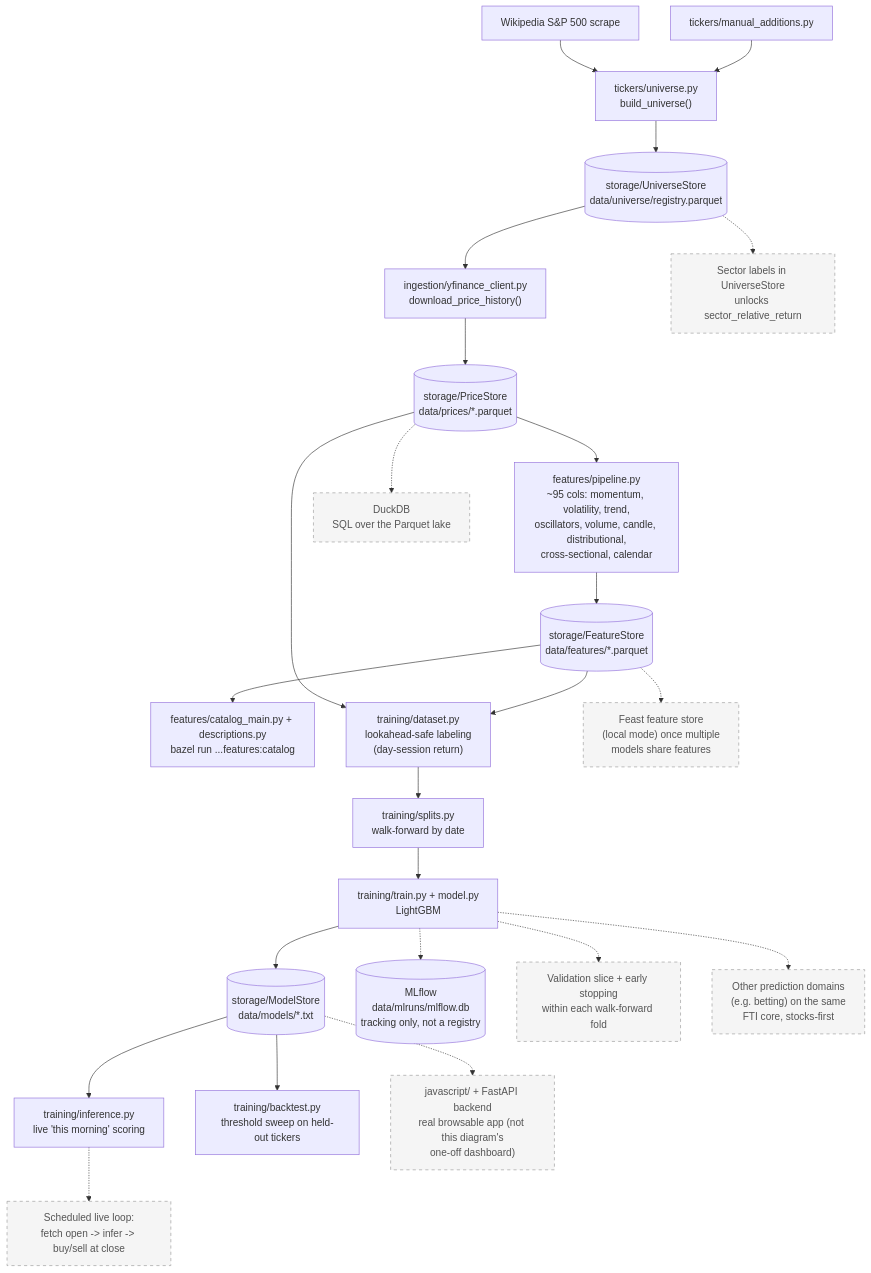
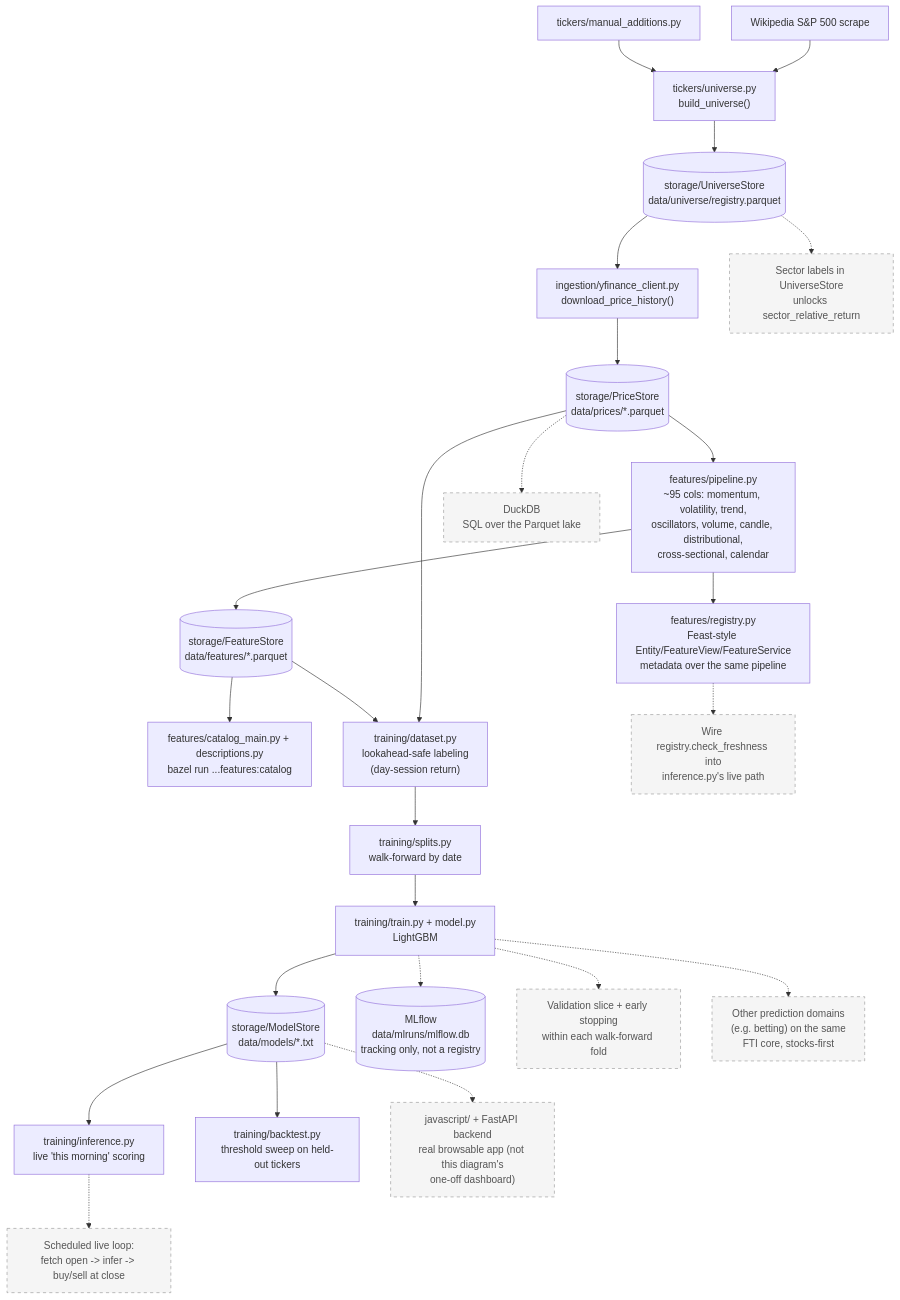
One commit to fartzy/stock-picker changed the diagram in README.md. Above: the diagram before and after it, drawn with Mermaid. The commit also changed other lines of this file and 4 other files, not shown here.

````diff
--- a/README.md
+++ b/README.md
@@ -11,57 +11,59 @@
 ```mermaid
 flowchart TB
     WIKI["Wikipedia S&amp;P 500 scrape"]
     MANUAL["tickers/manual_additions.py"]
     BUILDUNIV["tickers/universe.py<br/>build_universe()"]
     YF["ingestion/yfinance_client.py<br/>download_price_history()"]
 
     US[("storage/UniverseStore<br/>data/universe/registry.parquet")]
     PS[("storage/PriceStore<br/>data/prices/*.parquet")]
     FS[("storage/FeatureStore<br/>data/features/*.parquet")]
     MS[("storage/ModelStore<br/>data/models/*.txt")]
 
     FEATPIPE["features/pipeline.py<br/>~95 cols: momentum, volatility, trend,<br/>oscillators, volume, candle, distributional,<br/>cross-sectional, calendar"]
     CATALOG["features/catalog_main.py + descriptions.py<br/>bazel run ...features:catalog"]
+    REGISTRY["features/registry.py<br/>Feast-style Entity/FeatureView/FeatureService<br/>metadata over the same pipeline"]
 
     DATASET["training/dataset.py<br/>lookahead-safe labeling<br/>(day-session return)"]
     SPLITS["training/splits.py<br/>walk-forward by date"]
     TRAIN["training/train.py + model.py<br/>LightGBM"]
     INFER["training/inference.py<br/>live 'this morning' scoring"]
     BACKTEST["training/backtest.py<br/>threshold sweep on held-out tickers"]
     MLFLOW[("MLflow<br/>data/mlruns/mlflow.db<br/>tracking only, not a registry")]
 
     WIKI --> BUILDUNIV
     MANUAL --> BUILDUNIV
     BUILDUNIV --> US
     US --> YF
     YF --> PS
     PS --> FEATPIPE
     FEATPIPE --> FS
     PS --> DATASET
     FS --> DATASET
     DATASET --> SPLITS --> TRAIN
     TRAIN --> MS
     TRAIN -.-> MLFLOW
     MS --> INFER
     MS --> BACKTEST
     FS --> CATALOG
+    FEATPIPE --> REGISTRY
 
     SECTOR["Sector labels in UniverseStore<br/>unlocks sector_relative_return"]
     VALSET["Validation slice + early stopping<br/>within each walk-forward fold"]
-    FEAST["Feast feature store<br/>(local mode) once multiple<br/>models share features"]
+    TTLCHECK["Wire registry.check_freshness into<br/>inference.py's live path"]
     DUCKDB["DuckDB<br/>SQL over the Parquet lake"]
     LIVE["Scheduled live loop:<br/>fetch open -> infer -> buy/sell at close"]
     WEBUI["javascript/ + FastAPI backend<br/>real browsable app (not this diagram's<br/>one-off dashboard)"]
     MULTI["Other prediction domains<br/>(e.g. betting) on the same<br/>FTI core, stocks-first"]
 
     US -.-> SECTOR
     TRAIN -.-> VALSET
-    FS -.-> FEAST
+    REGISTRY -.-> TTLCHECK
     PS -.-> DUCKDB
     INFER -.-> LIVE
     MS -.-> WEBUI
     TRAIN -.-> MULTI
 
     classDef planned stroke-dasharray: 5 5,fill:#f5f5f5,stroke:#999,color:#555;
-    class SECTOR,VALSET,FEAST,DUCKDB,LIVE,WEBUI,MULTI planned;
+    class SECTOR,VALSET,TTLCHECK,DUCKDB,LIVE,WEBUI,MULTI planned;
 ```
````
